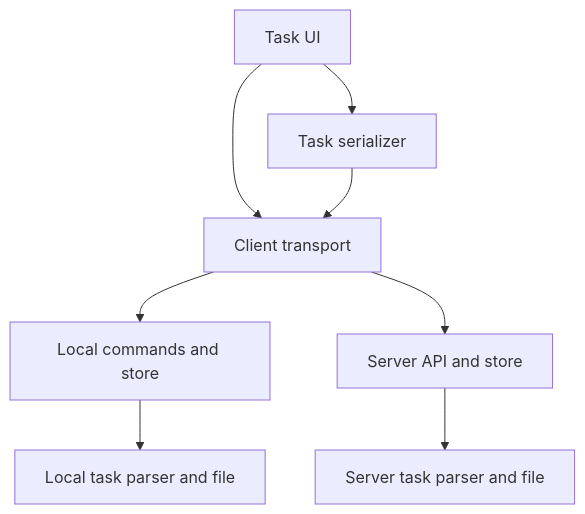
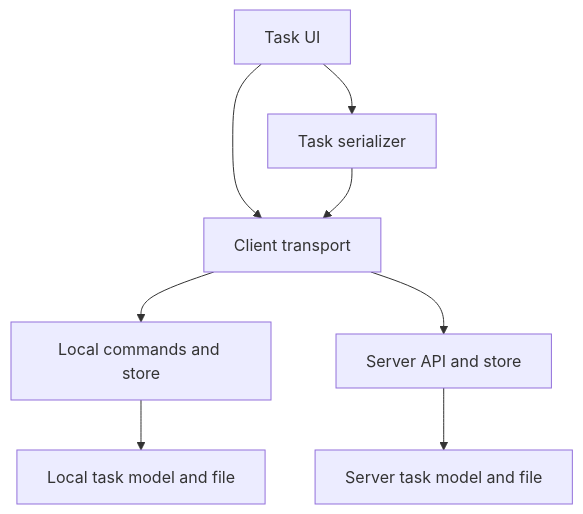
Before and after one commit to unskilled0218/ntr: the diagram in tasks/21-remove-priority/3-plan-review.md, drawn with Mermaid. The commit also changed other lines of this file, not shown here.

Commit message:
Review existing task edit compatibility

````diff
--- a/tasks/21-remove-priority/3-plan-review.md
+++ b/tasks/21-remove-priority/3-plan-review.md
@@ -22,10 +22,10 @@
 ```mermaid
 graph TD
   UI[Task UI] --> Serializer[Task serializer]
   UI --> Transport[Client transport]
   Serializer --> Transport
   Transport --> Local[Local commands and store]
   Transport --> Server[Server API and store]
-  Local --> LocalModel[Local task parser and file]
-  Server --> ServerModel[Server task parser and file]
+  Local --> LocalModel[Local task model and file]
+  Server --> ServerModel[Server task model and file]
 ```
````
